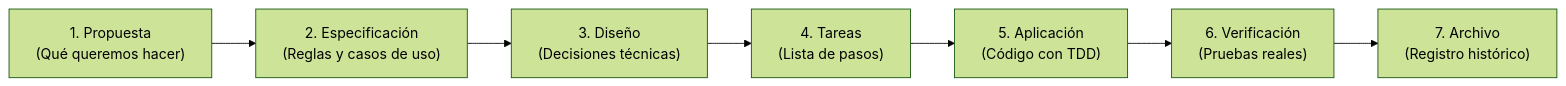
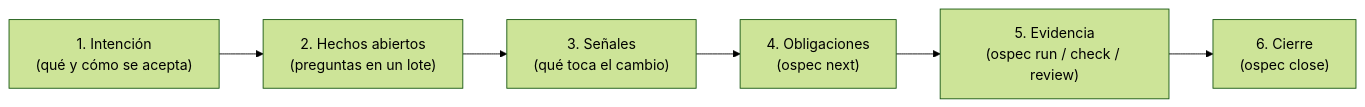
The diagram in openwiki/quickstart.md (Snakeblack/ospec-workflow), drawn with Mermaid (forest theme) before and after one commit. The commit also changed other lines of this file and 23 other files, not shown here.

````diff
--- a/openwiki/quickstart.md
+++ b/openwiki/quickstart.md
@@ -11,9 +11,8 @@
 ```mermaid
 flowchart LR
-    A["1. Propuesta\n(Qué queremos hacer)"] --> B["2. Especificación\n(Reglas y casos de uso)"]
-    B --> C["3. Diseño\n(Decisiones técnicas)"]
-    C --> D["4. Tareas\n(Lista de pasos)"]
-    D --> E["5. Aplicación\n(Código con TDD)"]
-    E --> F["6. Verificación\n(Pruebas reales)"]
-    F --> G["7. Archivo\n(Registro histórico)"]
+    A["1. Intención\n(qué y cómo se acepta)"] --> B["2. Hechos abiertos\n(preguntas en un lote)"]
+    B --> C["3. Señales\n(qué toca el cambio)"]
+    C --> D["4. Obligaciones\n(ospec next)"]
+    D --> E["5. Evidencia\n(ospec run / check / review)"]
+    E --> F["6. Cierre\n(ospec close)"]
 ```
````
